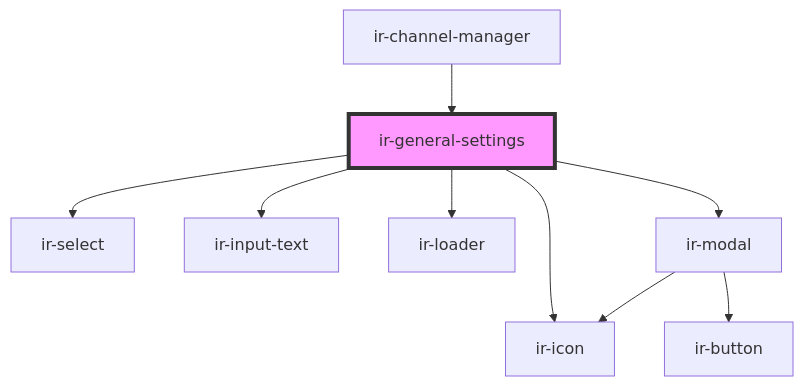
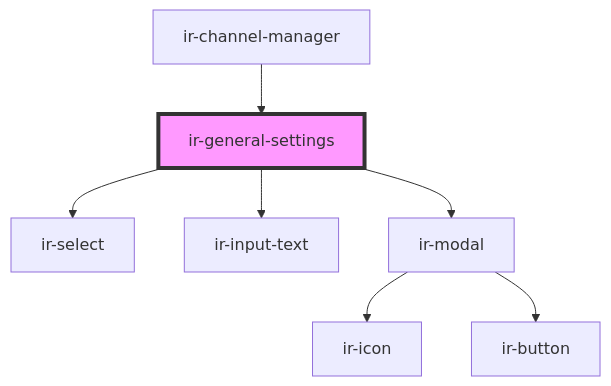
Before and after one commit to freddynasr/ir-webcmp: the diagram in src/components/ir-channel/ir-general-settings/readme.md, drawn with Mermaid. The commit also changed other lines of this file and 18 other files, not shown here.

````diff
--- a/src/components/ir-channel/ir-general-settings/readme.md
+++ b/src/components/ir-channel/ir-general-settings/readme.md
@@ -40,12 +41,10 @@
 ```mermaid
 graph TD;
   ir-general-settings --> ir-select
   ir-general-settings --> ir-input-text
-  ir-general-settings --> ir-loader
-  ir-general-settings --> ir-icon
   ir-general-settings --> ir-modal
   ir-modal --> ir-icon
   ir-modal --> ir-button
   ir-channel-manager --> ir-general-settings
   style ir-general-settings fill:#f9f,stroke:#333,stroke-width:4px
 ```
````
